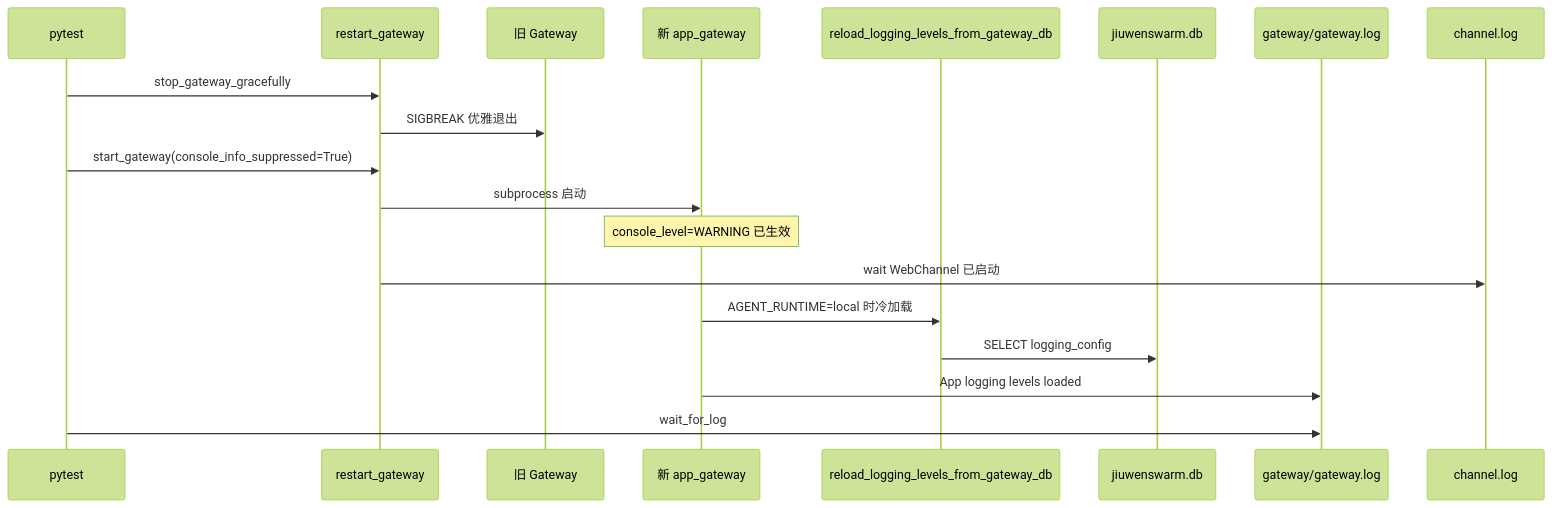
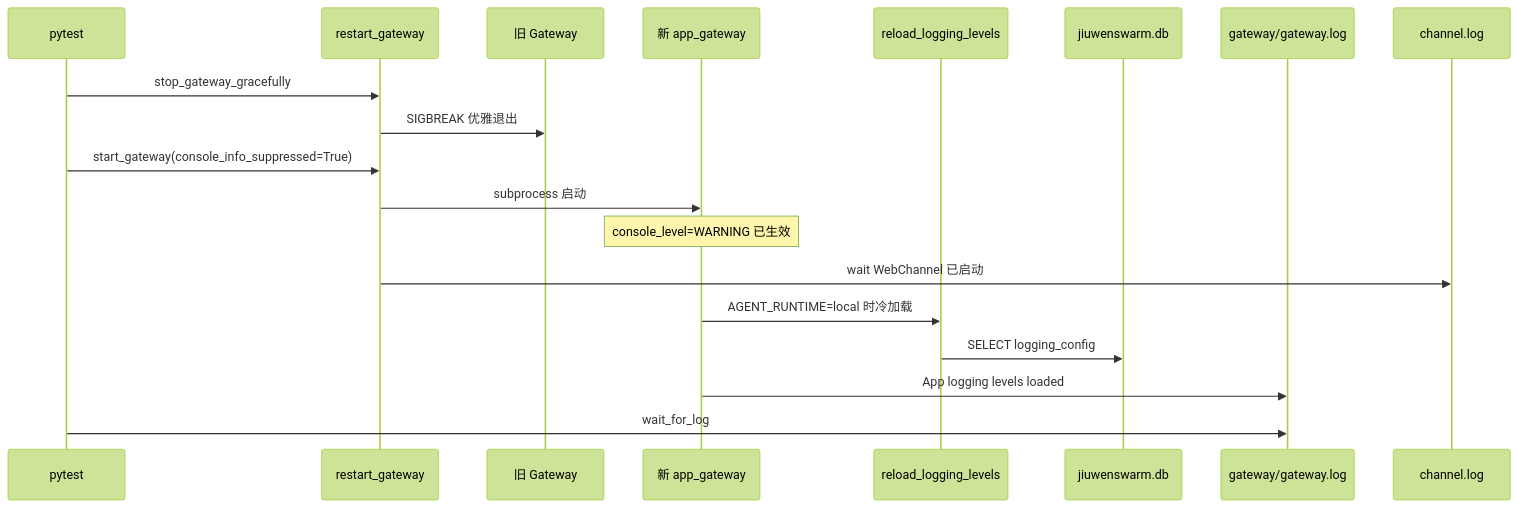
One commit to openJiuwen-ai/jiuwenclaw changed the fifth of 6 diagrams in tests/system_tests/enterprise/test_logging_config.md. Above: the diagram before and after it, drawn with Mermaid (forest theme). The commit also changed other lines of this file and 37 other files, not shown here.

````diff
--- a/tests/system_tests/enterprise/test_logging_config.md
+++ b/tests/system_tests/enterprise/test_logging_config.md
@@ -203,22 +203,22 @@
 ```mermaid
 sequenceDiagram
     participant Test as pytest
     participant Stack as restart_gateway
     participant OldGW as 旧 Gateway
     participant NewGW as 新 app_gateway
-    participant Utils as reload_logging_levels_from_gateway_db
+    participant Utils as reload_logging_levels
     participant GDB as jiuwenswarm.db
     participant StdLog as gateway/gateway.log
     participant ChLog as channel.log
 
     Test->>Stack: stop_gateway_gracefully
     Stack->>OldGW: SIGBREAK 优雅退出
     Test->>Stack: start_gateway(console_info_suppressed=True)
     Stack->>NewGW: subprocess 启动
     Note over NewGW: console_level=WARNING 已生效
     Stack->>ChLog: wait WebChannel 已启动
     NewGW->>Utils: AGENT_RUNTIME=local 时冷加载
     Utils->>GDB: SELECT logging_config
     NewGW->>StdLog: App logging levels loaded
     Test->>StdLog: wait_for_log
 ```
````
